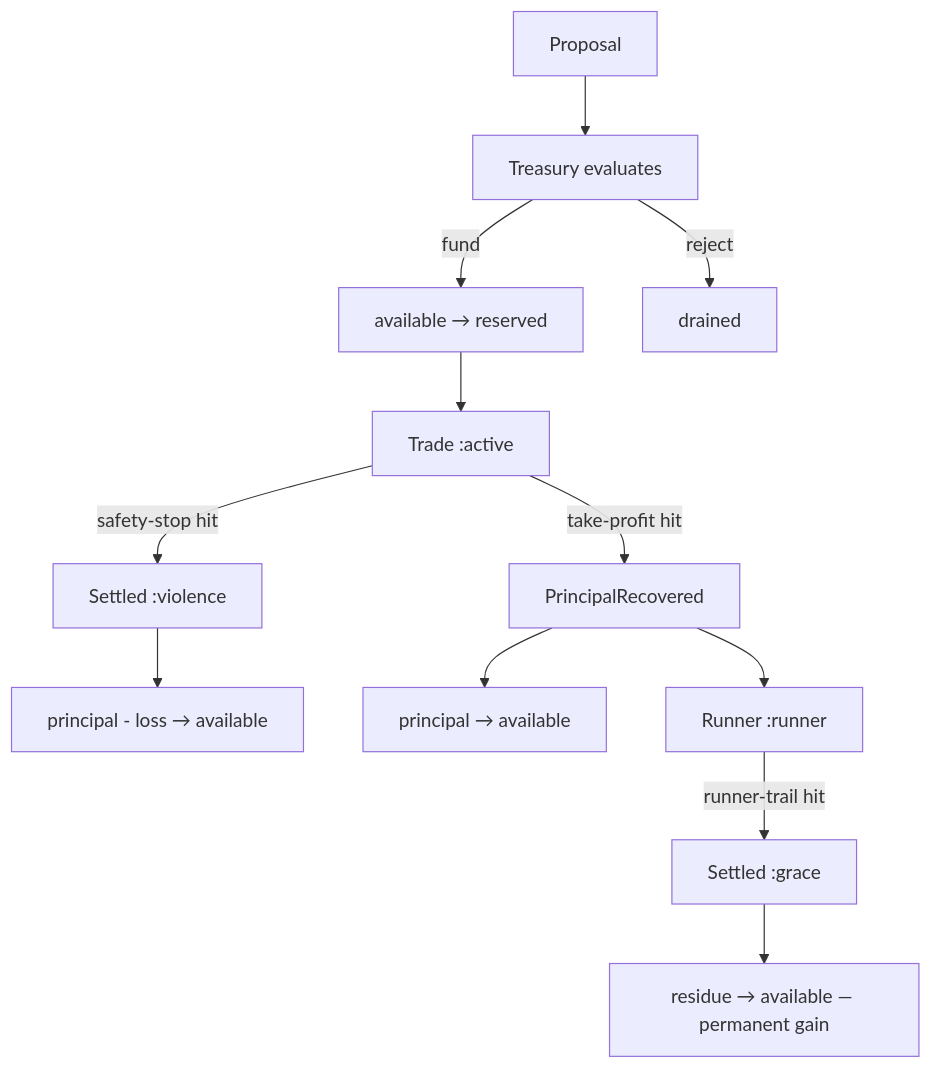
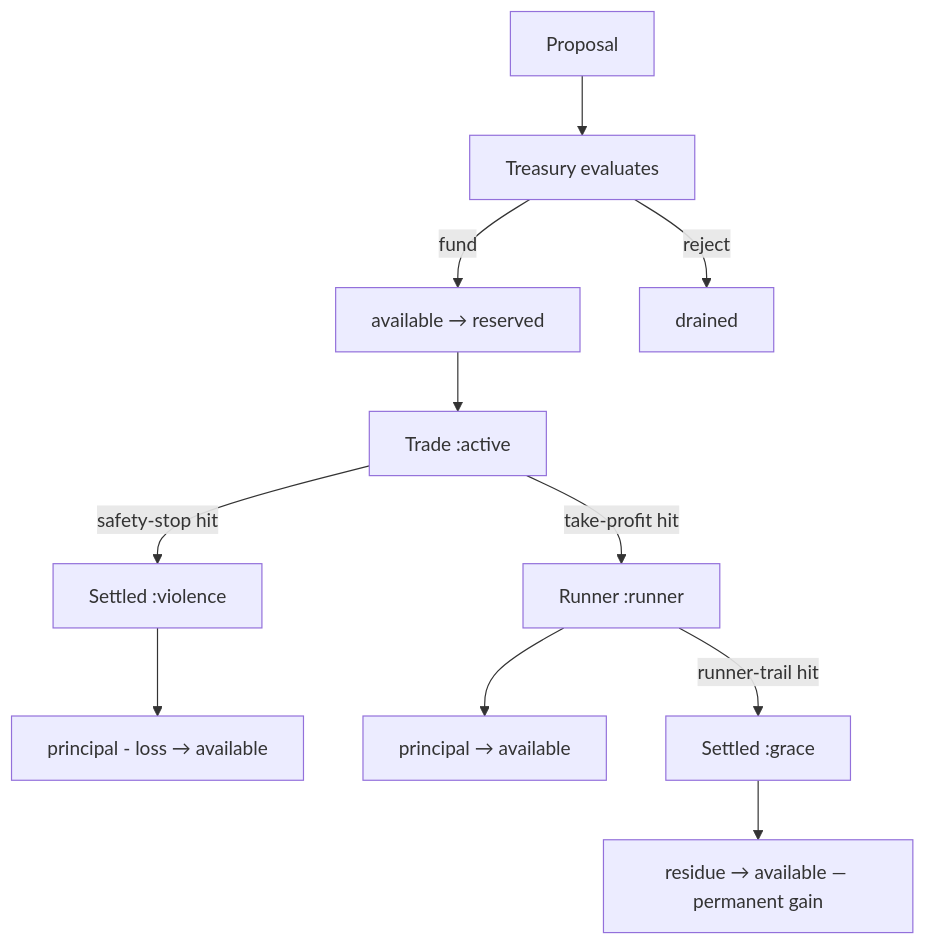
The fifth of 8 diagrams in wat/CIRCUIT.md (watmin/holon-lab-trading), drawn with Mermaid before and after one commit. The commit also changed other lines of this file and 39 other files, not shown here.

````diff
--- a/wat/CIRCUIT.md
+++ b/wat/CIRCUIT.md
@@ -155,14 +155,13 @@
 ```mermaid
 graph TD
     PR[Proposal] --> TR[Treasury evaluates]
     TR -->|fund| AV[available → reserved]
     AV --> TD[Trade :active]
     TD -->|safety-stop hit| SV[Settled :violence]
     SV --> RET1[principal - loss → available]
-    TD -->|take-profit hit| PR2[PrincipalRecovered]
-    PR2 --> RET2[principal → available]
-    PR2 --> RN[Runner :runner]
+    TD -->|take-profit hit| RN[Runner :runner]
+    RN --> RET2[principal → available]
     RN -->|runner-trail hit| SG[Settled :grace]
     SG --> RES[residue → available — permanent gain]
     TR -->|reject| DR[drained]
 ```
````
